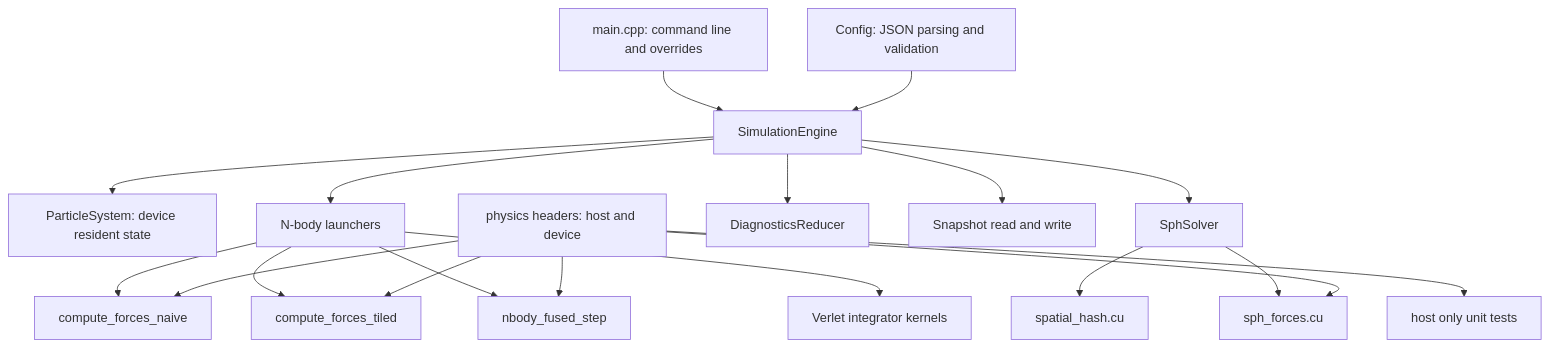
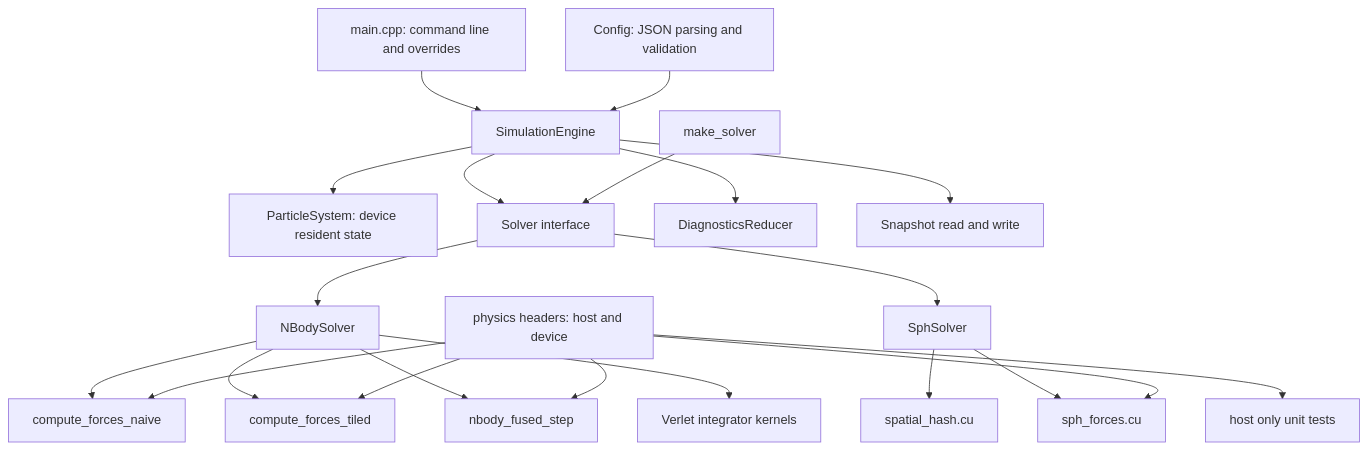
One commit to Olajide-Badejo/Particle-Physics-Simulation changed the first of 3 diagrams in docs/architecture.md. Above: the diagram before and after it, drawn with Mermaid. The commit also changed other lines of this file and 26 other files, not shown here.

````diff
--- a/docs/architecture.md
+++ b/docs/architecture.md
@@ -7,21 +7,23 @@
 ```mermaid
 flowchart TD
     CLI[main.cpp: command line and overrides] --> ENGINE[SimulationEngine]
     CONFIG[Config: JSON parsing and validation] --> ENGINE
     ENGINE --> PS[ParticleSystem: device resident state]
-    ENGINE --> NB[N-body launchers]
-    ENGINE --> SPH[SphSolver]
+    ENGINE --> SOLVER[Solver interface]
+    FACTORY[make_solver] --> SOLVER
+    SOLVER --> NB[NBodySolver]
+    SOLVER --> SPH[SphSolver]
     ENGINE --> DIAG[DiagnosticsReducer]
     ENGINE --> SNAP[Snapshot read and write]
     NB --> KNAIVE[compute_forces_naive]
     NB --> KTILED[compute_forces_tiled]
     NB --> KFUSED[nbody_fused_step]
     NB --> KINT[Verlet integrator kernels]
     SPH --> KHASH[spatial_hash.cu]
     SPH --> KSPH[sph_forces.cu]
     PHYS[physics headers: host and device] --> KNAIVE
     PHYS --> KTILED
     PHYS --> KFUSED
     PHYS --> KSPH
     PHYS --> HOSTTESTS[host only unit tests]
 ```
````
